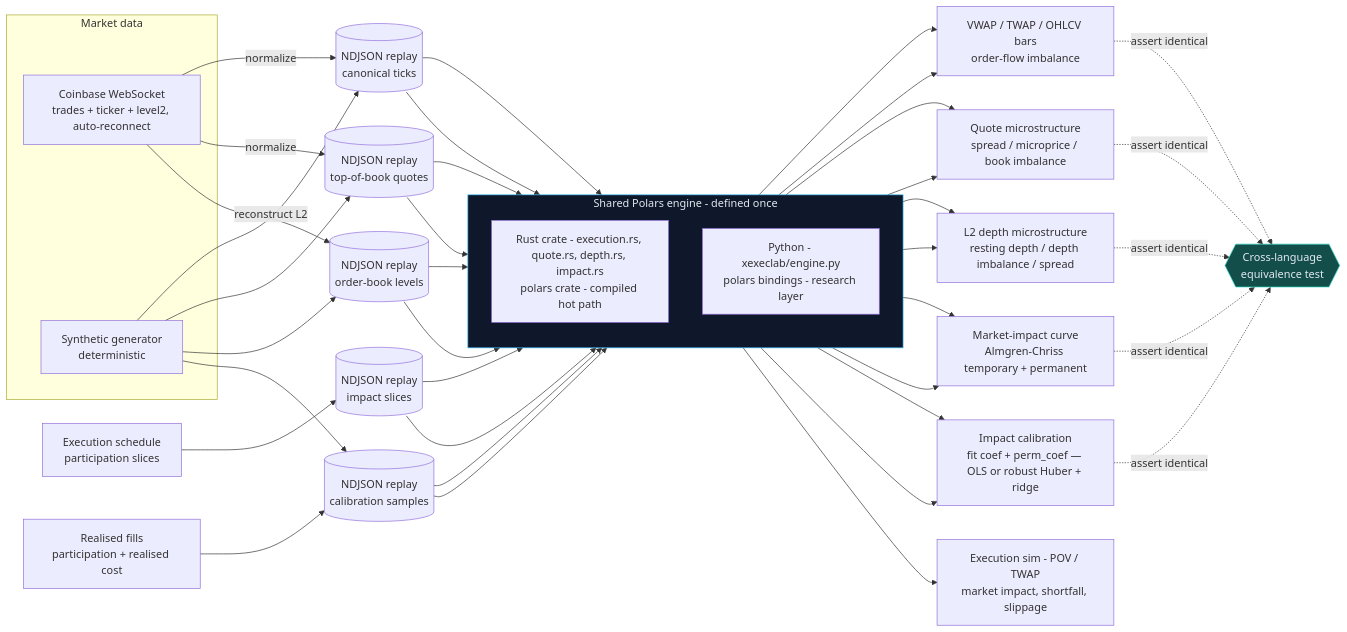
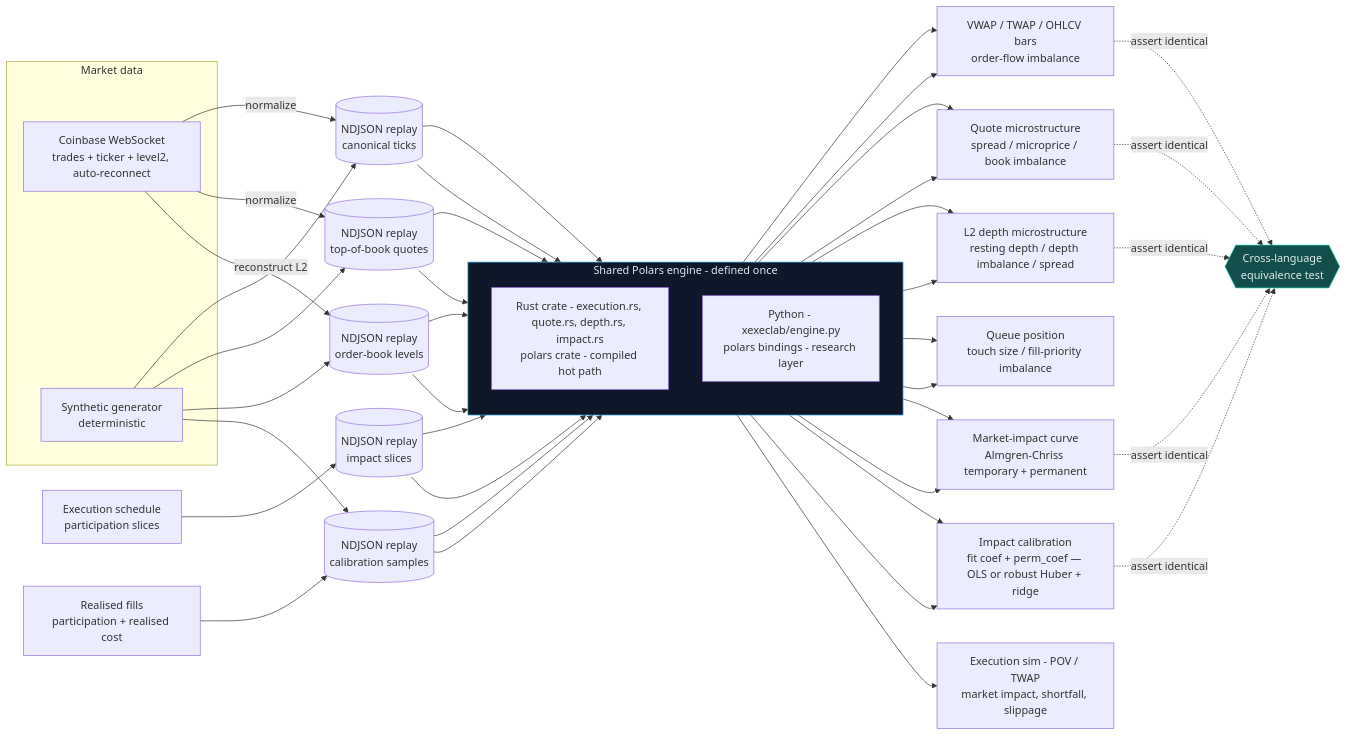
Before and after one commit to ghoshp83/polars-execution-lab: the diagram in README.md, drawn with Mermaid. The commit also changed other lines of this file and 12 other files, not shown here.

First line of the commit message:
feat(depth): top-of-book queue-position metrics (queue / queue_metrics)

````diff
--- a/README.md
+++ b/README.md
@@ -27,54 +27,56 @@
 ```mermaid
 flowchart LR
     subgraph ingest[Market data]
         CB[Coinbase WebSocket<br/>trades + ticker + level2, auto-reconnect]
         SYN[Synthetic generator<br/>deterministic]
     end
     CB -->|normalize| RP[(NDJSON replay<br/>canonical ticks)]
     CB -->|normalize| QRP[(NDJSON replay<br/>top-of-book quotes)]
     CB -->|reconstruct L2| BRP[(NDJSON replay<br/>order-book levels)]
     SCHED[Execution schedule<br/>participation slices] --> IRP[(NDJSON replay<br/>impact slices)]
     FILLS_IN[Realised fills<br/>participation + realised cost] --> CRP[(NDJSON replay<br/>calibration samples)]
     SYN --> RP
     SYN --> QRP
     SYN --> BRP
     SYN --> CRP
 
     subgraph engine[Shared Polars engine - defined once]
         direction TB
         RUST["Rust crate - execution.rs, quote.rs, depth.rs, impact.rs<br/>polars crate - compiled hot path"]
         PY["Python - xexeclab/engine.py<br/>polars bindings - research layer"]
     end
 
     RP --> RUST
     RP --> PY
     QRP --> RUST
     QRP --> PY
     BRP --> RUST
     BRP --> PY
     IRP --> RUST
     IRP --> PY
     CRP --> RUST
     CRP --> PY
 
     RUST --> BENCH[VWAP / TWAP / OHLCV bars<br/>order-flow imbalance]
     PY --> BENCH
     RUST --> BOOK[Quote microstructure<br/>spread / microprice / book imbalance]
     PY --> BOOK
     RUST --> DEPTH[L2 depth microstructure<br/>resting depth / depth imbalance / spread]
     PY --> DEPTH
+    RUST --> QUEUE[Queue position<br/>touch size / fill-priority imbalance]
+    PY --> QUEUE
     RUST --> IMPACT[Market-impact curve<br/>Almgren-Chriss temporary + permanent]
     PY --> IMPACT
     RUST --> CALIB[Impact calibration<br/>fit coef + perm_coef — OLS or robust Huber + ridge]
     PY --> CALIB
     PY --> FILLS["Execution sim - POV / TWAP<br/>market impact, shortfall, slippage"]
 
     BENCH -.->|assert identical| EQ{{Cross-language<br/>equivalence test}}
     BOOK -.->|assert identical| EQ
     DEPTH -.->|assert identical| EQ
     IMPACT -.->|assert identical| EQ
     CALIB -.->|assert identical| EQ
 
     style engine fill:#0f172a,stroke:#38bdf8,color:#e2e8f0
     style EQ fill:#134e4a,stroke:#2dd4bf,color:#e2e8f0
 ```
````
